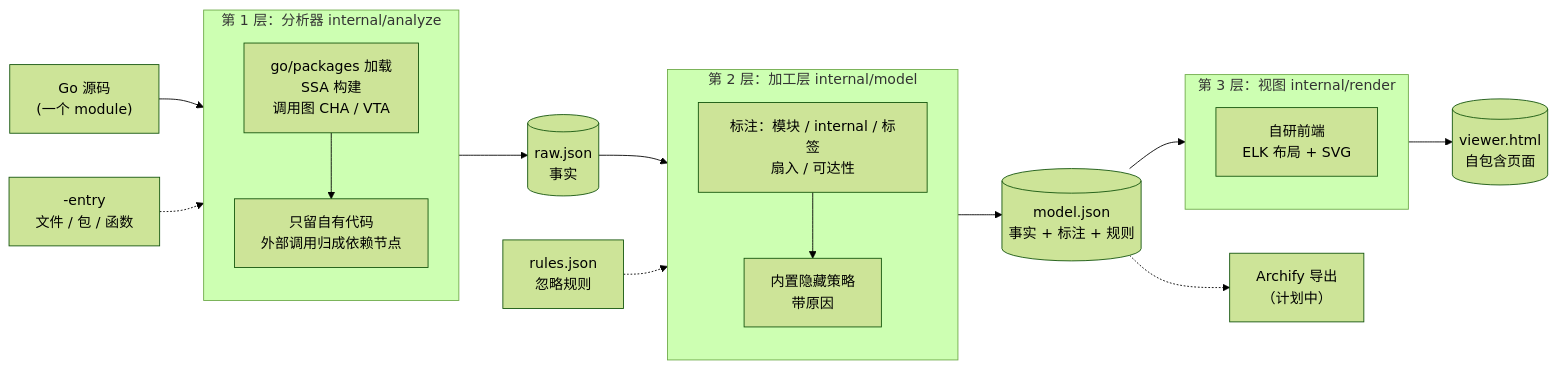
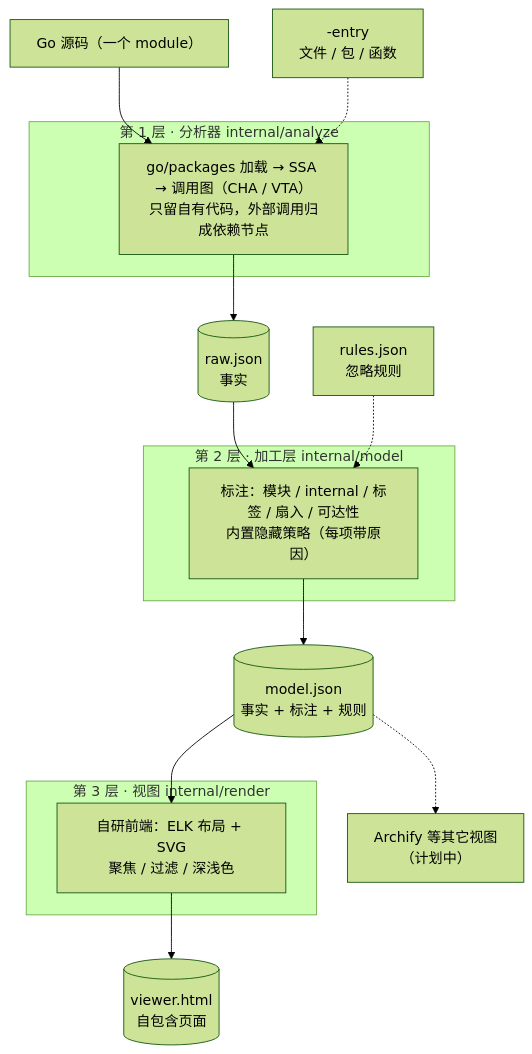
Before and after one commit to hangyu629/calltrail: the first of 9 diagrams in docs/architecture.md, drawn with Mermaid (forest theme). The commit also changed other lines of this file, not shown here.

First line of the commit message:
docs: simplify the architecture diagrams

````diff
--- a/docs/architecture.md
+++ b/docs/architecture.md
@@ -28,40 +28,32 @@
 ```mermaid
-flowchart LR
-    SRC["Go 源码<br/>(一个 module)"]
+flowchart TB
+    SRC["Go 源码（一个 module）"]
     ENTRY["-entry<br/>文件 / 包 / 函数"]
     RULES["rules.json<br/>忽略规则"]
 
-    subgraph L1["第 1 层：分析器 internal/analyze"]
-        direction TB
-        A1["go/packages 加载<br/>SSA 构建<br/>调用图 CHA / VTA"]
-        A2["只留自有代码<br/>外部调用归成依赖节点"]
-        A1 --> A2
+    subgraph L1["第 1 层 · 分析器 internal/analyze"]
+        A["go/packages 加载 → SSA → 调用图（CHA / VTA）<br/>只留自有代码，外部调用归成依赖节点"]
     end
+    RAW[("raw.json<br/>事实")]
 
-    subgraph L2["第 2 层：加工层 internal/model"]
-        direction TB
-        M1["标注：模块 / internal / 标签<br/>扇入 / 可达性"]
-        M2["内置隐藏策略<br/>带原因"]
-        M1 --> M2
+    subgraph L2["第 2 层 · 加工层 internal/model"]
+        M["标注：模块 / internal / 标签 / 扇入 / 可达性<br/>内置隐藏策略（每项带原因）"]
     end
+    MODEL[("model.json<br/>事实 + 标注 + 规则")]
 
-    subgraph L3["第 3 层：视图 internal/render"]
-        direction TB
-        V1["自研前端<br/>ELK 布局 + SVG"]
+    subgraph L3["第 3 层 · 视图 internal/render"]
+        V["自研前端：ELK 布局 + SVG<br/>聚焦 / 过滤 / 深浅色"]
     end
+    HTML[("viewer.html<br/>自包含页面")]
+    ARCH["Archify 等其它视图<br/>（计划中）"]
 
-    RAW[("raw.json<br/>事实")]
-    MODEL[("model.json<br/>事实 + 标注 + 规则")]
-    HTML[("viewer.html<br/>自包含页面")]
-    ARCH["Archify 导出<br/>（计划中）"]
-
-    SRC --> A1
-    ENTRY -.-> A1
-    A2 --> RAW
-    RAW --> M1
-    RULES -.-> M1
-    M2 --> MODEL
-    MODEL --> V1
-    V1 --> HTML
+    SRC --> A
+    ENTRY -.-> A
+    A --> RAW
+    RAW --> M
+    RULES -.-> M
+    M --> MODEL
+    MODEL --> V
+    V --> HTML
     MODEL -.-> ARCH
 ```
````
